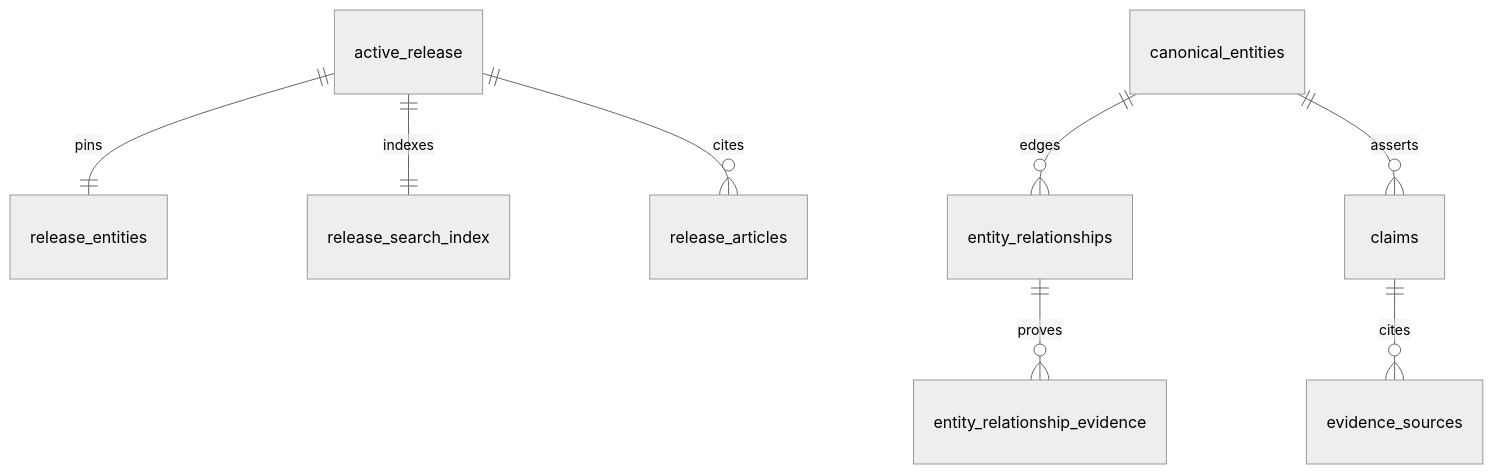
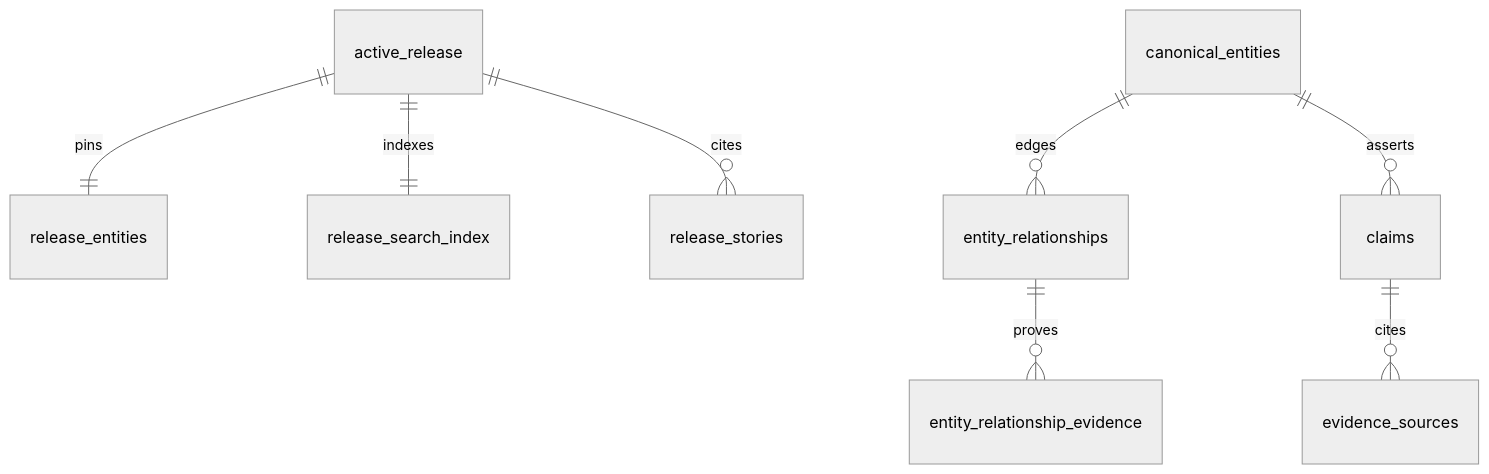
One commit to geraldmaron/blackstory changed the diagram in docs/ui/v10/schema-cost-audit.md. Above: the diagram before and after it, drawn with Mermaid (neutral theme). The commit also changed other lines of this file and 203 other files, not shown here.

````diff
--- a/docs/ui/v10/schema-cost-audit.md
+++ b/docs/ui/v10/schema-cost-audit.md
@@ -15,10 +15,10 @@
 ```mermaid
 erDiagram
   active_release ||--|| release_entities : pins
   active_release ||--|| release_search_index : indexes
-  active_release ||--o{ release_articles : cites
+  active_release ||--o{ release_stories : cites
   canonical_entities ||--o{ entity_relationships : edges
   entity_relationships ||--o{ entity_relationship_evidence : proves
   canonical_entities ||--o{ claims : asserts
   claims ||--o{ evidence_sources : cites
 ```
````
